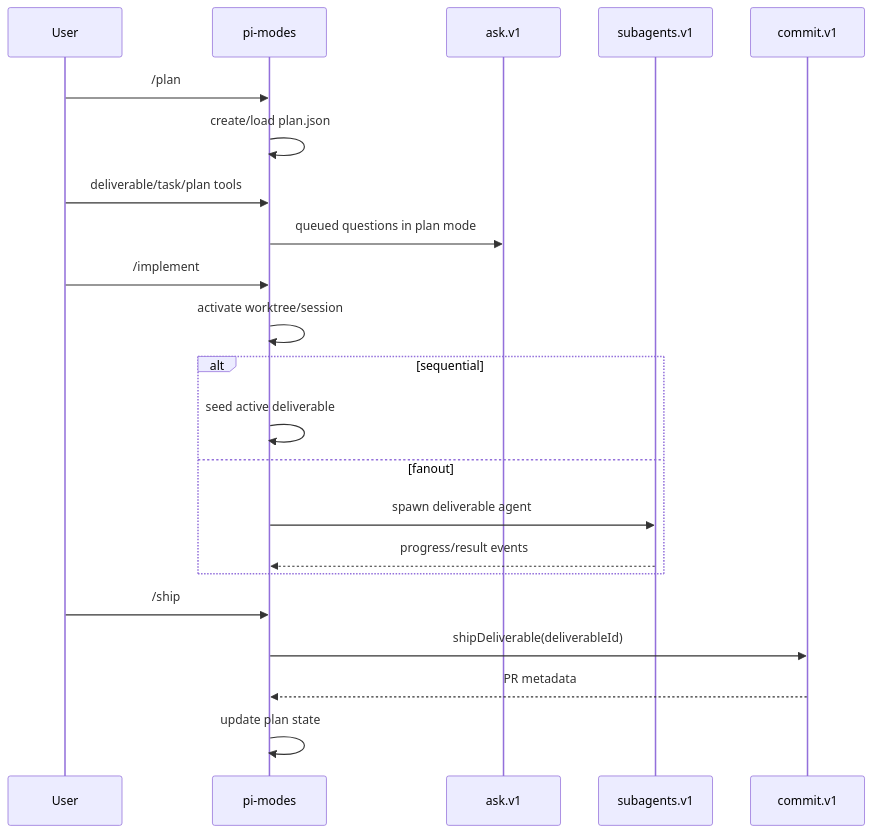
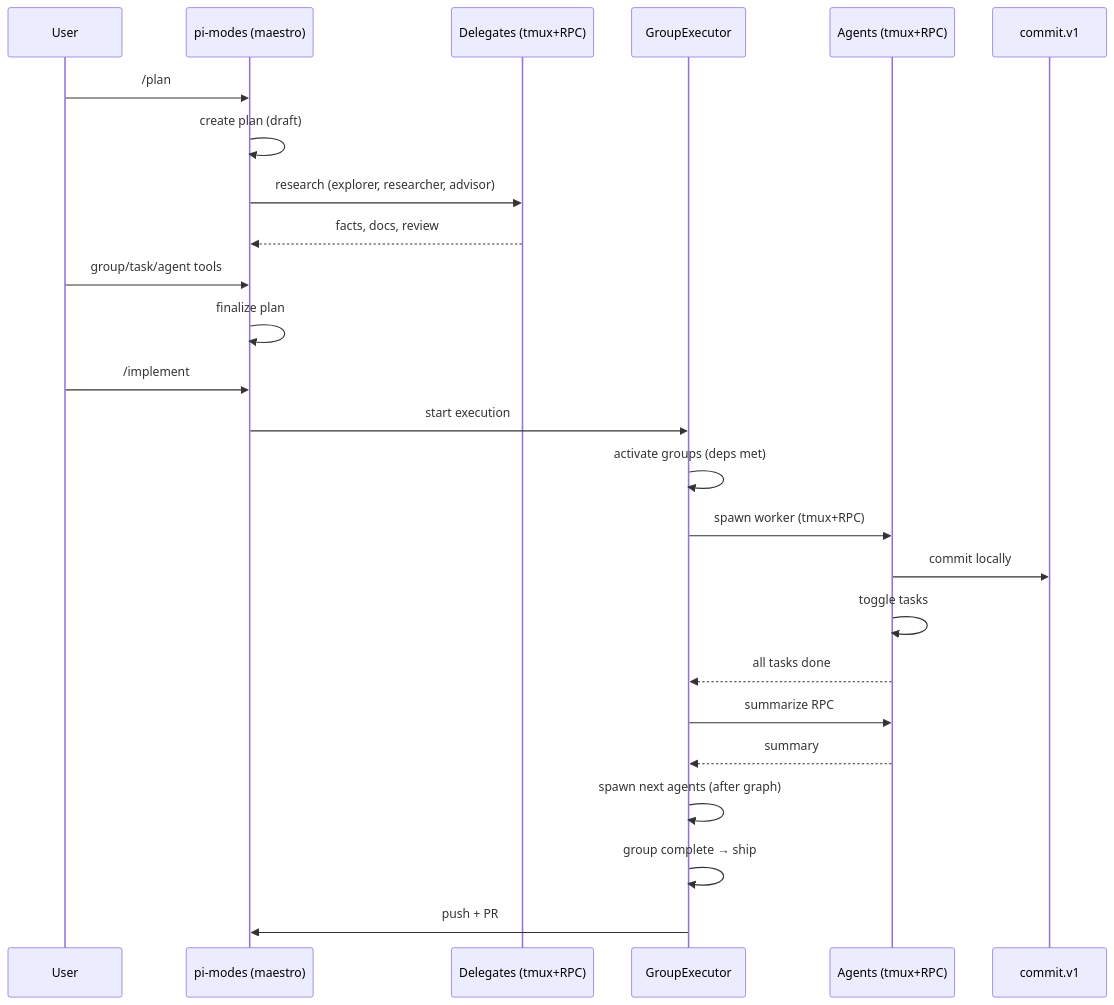
One commit to vegardx/pi-maestro changed the second of 2 diagrams in docs/architecture.md. Above: the diagram before and after it, drawn with Mermaid. The commit also changed other lines of this file and 5 other files, not shown here.

````diff
--- a/docs/architecture.md
+++ b/docs/architecture.md
@@ -103,25 +84,28 @@
 ```mermaid
 sequenceDiagram
 	participant User
-	participant Modes as pi-modes
-	participant Ask as ask.v1
-	participant Subs as subagents.v1
+	participant Maestro as pi-modes (maestro)
+	participant Delegates as Delegates (tmux+RPC)
+	participant Executor as GroupExecutor
+	participant Agents as Agents (tmux+RPC)
 	participant Commit as commit.v1
 
-	User->>Modes: /plan
-	Modes->>Modes: create/load plan.json
-	User->>Modes: deliverable/task/plan tools
-	Modes->>Ask: queued questions in plan mode
-	User->>Modes: /implement
-	Modes->>Modes: activate worktree/session
-	alt sequential
-		Modes->>Modes: seed active deliverable
-	else fanout
-		Modes->>Subs: spawn deliverable agent
-		Subs-->>Modes: progress/result events
-	end
-	User->>Modes: /ship
-	Modes->>Commit: shipDeliverable(deliverableId)
-	Commit-->>Modes: PR metadata
-	Modes->>Modes: update plan state
+	User->>Maestro: /plan
+	Maestro->>Maestro: create plan (draft)
+	Maestro->>Delegates: research (explorer, researcher, advisor)
+	Delegates-->>Maestro: facts, docs, review
+	User->>Maestro: group/task/agent tools
+	Maestro->>Maestro: finalize plan
+	User->>Maestro: /implement
+	Maestro->>Executor: start execution
+	Executor->>Executor: activate groups (deps met)
+	Executor->>Agents: spawn worker (tmux+RPC)
+	Agents->>Commit: commit locally
+	Agents->>Agents: toggle tasks
+	Agents-->>Executor: all tasks done
+	Executor->>Agents: summarize RPC
+	Agents-->>Executor: summary
+	Executor->>Executor: spawn next agents (after graph)
+	Executor->>Executor: group complete → ship
+	Executor->>Maestro: push + PR
 ```
````
